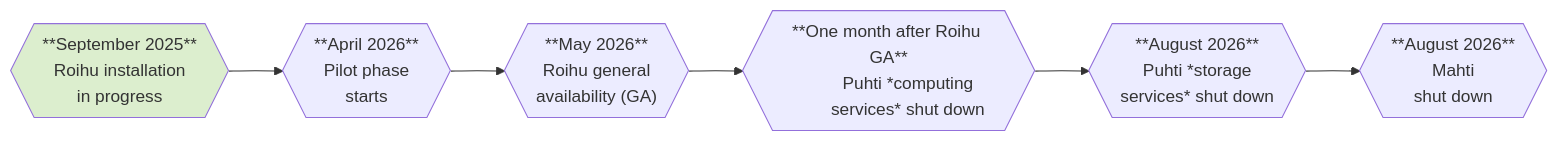
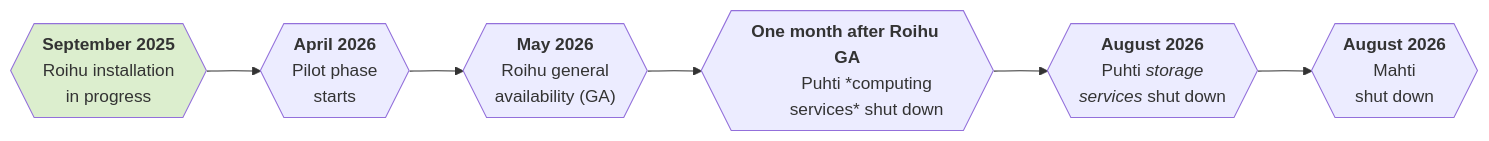
The diagram in docs/computing/systems-roihu.md (CSCfi/csc-user-guide), drawn with Mermaid before and after one commit.

Commit message:
Patch mermaid formatting

````diff
--- a/docs/computing/systems-roihu.md
+++ b/docs/computing/systems-roihu.md
@@ -11,22 +11,22 @@
 ```mermaid
 graph LR;
-    A{{"**September 2025**
+    A{{"<b>September 2025</b>
         Roihu installation
         in progress"}} --> B;
-    B{{"**April 2026**
+    B{{"<b>April 2026</b>
         Pilot phase
         starts"}} --> C;
-    C{{"**May 2026**
+    C{{"<b>May 2026</b>
         Roihu general
         availability (GA)"}} --> D;
-    D{{"**One month after Roihu GA**
+    D{{"<b>One month after Roihu GA</b>
         Puhti *computing
         services* shut down"}} --> E;
-    E{{"**August 2026**
-        Puhti *storage
-        services* shut down"}} --> F;
-    F{{"**August 2026**
+    E{{"<b>August 2026</b>
+        Puhti <i>storage
+        services</i> shut down"}} --> F;
+    F{{"<b>August 2026</b>
         Mahti
         shut down"}}
     style A fill:#dceeceff;
 ```
````
